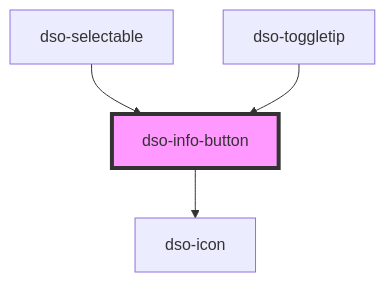
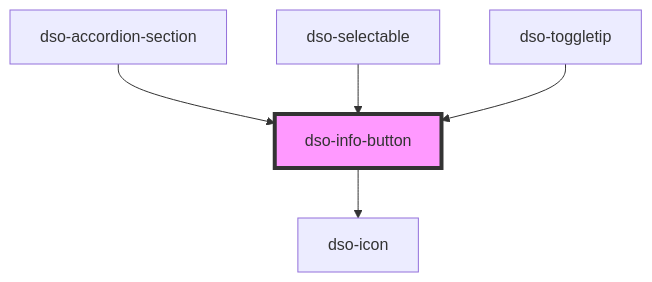
The diagram in packages/core/src/components/info-button/readme.md (dso-toolkit/dso-toolkit), drawn with Mermaid before and after one commit. The commit also changed other lines of this file and 13 other files, not shown here.

````diff
--- a/packages/core/src/components/info-button/readme.md
+++ b/packages/core/src/components/info-button/readme.md
@@ -49,7 +50,8 @@
 ```mermaid
 graph TD;
   dso-info-button --> dso-icon
+  dso-accordion-section --> dso-info-button
   dso-selectable --> dso-info-button
   dso-toggletip --> dso-info-button
   style dso-info-button fill:#f9f,stroke:#333,stroke-width:4px
 ```
````
